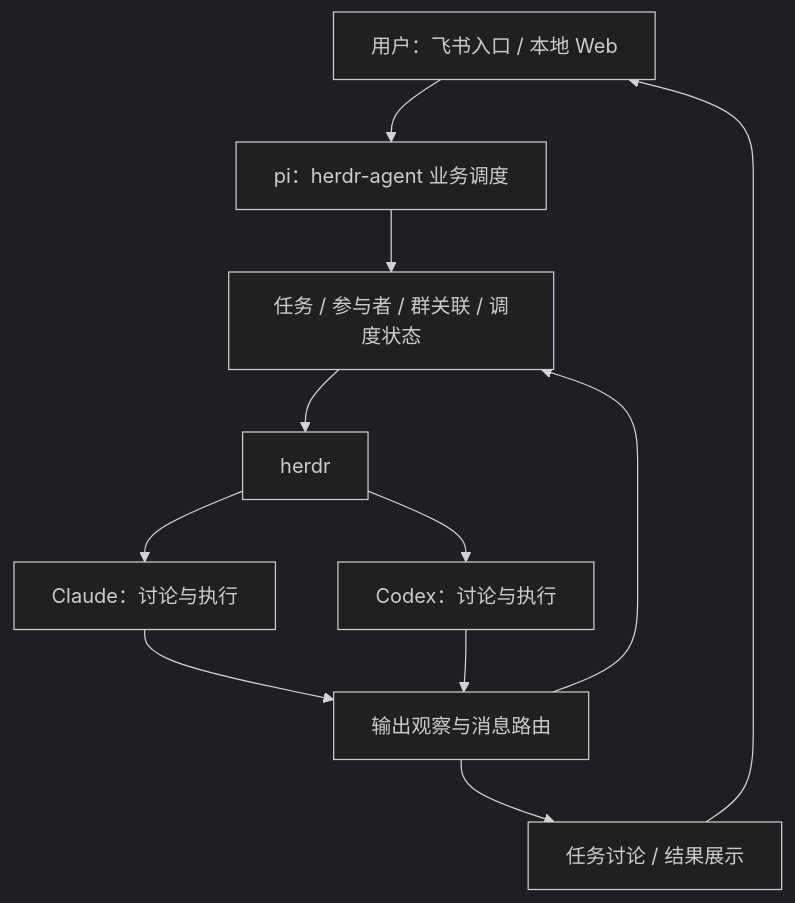
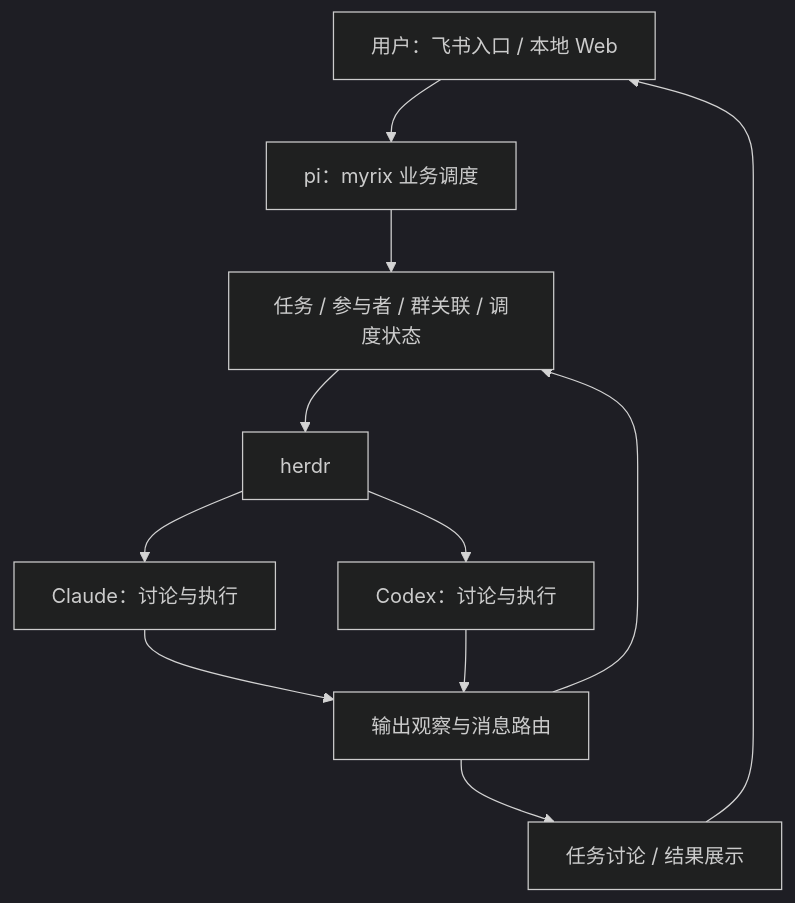
The diagram in docs/node-pi-refactor-requirements.md (hewenyu/herdr-agent), drawn with Mermaid (dark theme) before and after one commit. The commit also changed other lines of this file and 56 other files, not shown here.

````diff
--- a/docs/node-pi-refactor-requirements.md
+++ b/docs/node-pi-refactor-requirements.md
@@ -53,13 +53,13 @@
 ```mermaid
 flowchart TD
-    U[用户：飞书入口 / 本地 Web] --> P[pi：herdr-agent 业务调度]
+    U[用户：飞书入口 / 本地 Web] --> P[pi：myrix 业务调度]
     P --> T[任务 / 参与者 / 群关联 / 调度状态]
     T --> H[herdr]
     H --> C[Claude：讨论与执行]
     H --> X[Codex：讨论与执行]
     C --> R[输出观察与消息路由]
     X --> R
     R --> G[任务讨论 / 结果展示]
     G --> U
     R --> T
 ```
````
